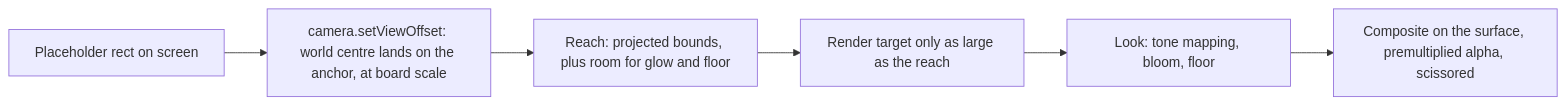
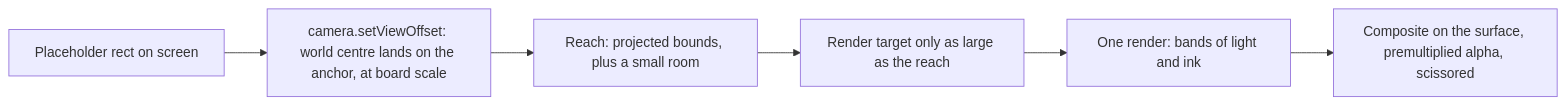
One commit to Nordup/askaboard changed the fourth of 7 diagrams in docs/learning-space/one-world-architecture.md. Above: the diagram before and after it, drawn with Mermaid. The commit also changed other lines of this file and 21 other files, not shown here.

````diff
--- a/docs/learning-space/one-world-architecture.md
+++ b/docs/learning-space/one-world-architecture.md
@@ -135,8 +135,8 @@
 ```mermaid
 flowchart LR
   A["Placeholder rect on screen"] --> V["camera.setViewOffset: world centre lands on the anchor, at board scale"]
-  V --> R["Reach: projected bounds, plus room for glow and floor"]
+  V --> R["Reach: projected bounds, plus a small room"]
   R --> T["Render target only as large as the reach"]
-  T --> L["Look: tone mapping, bloom, floor"]
+  T --> L["One render: bands of light and ink"]
   L --> M["Composite on the surface, premultiplied alpha, scissored"]
 ```
````
